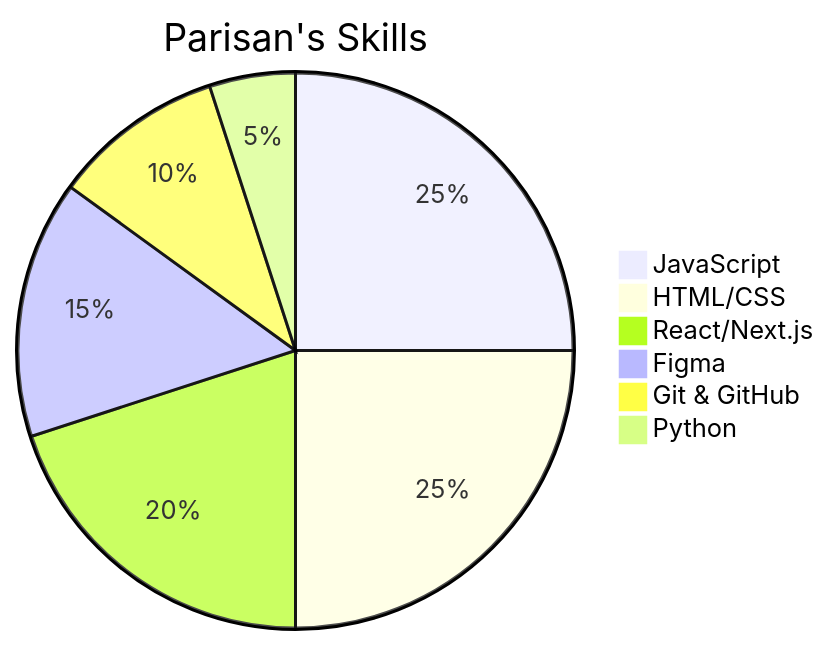
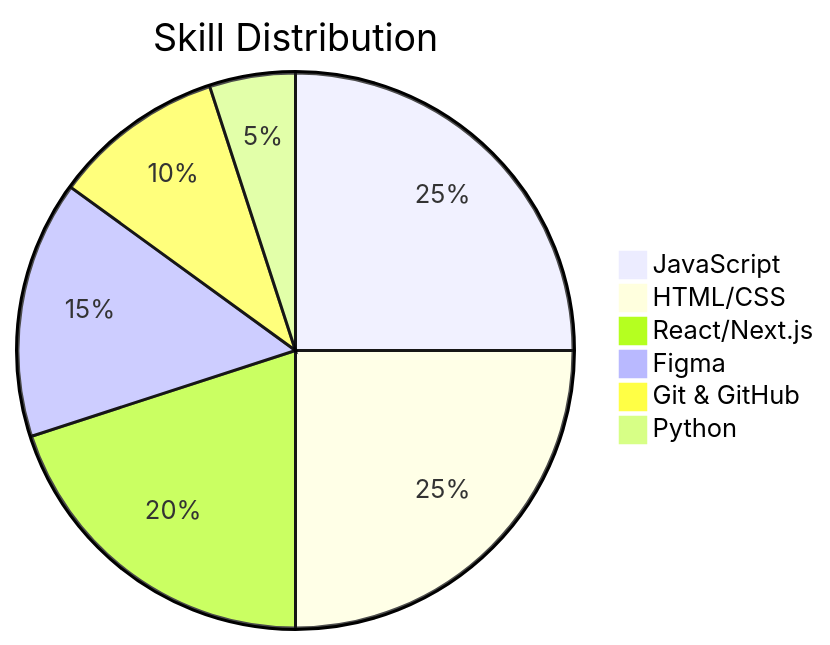
Before and after one commit to Parisan8626/Parisan8626: the diagram in README.md, drawn with Mermaid. The commit also changed other lines of this file, not shown here.

````diff
--- a/README.md
+++ b/README.md
@@ -61,10 +61,10 @@
 ```mermaid
 pie
-    title Parisan's Skills
+    title Skill Distribution
     "JavaScript" : 25
     "HTML/CSS" : 25
     "React/Next.js" : 20
     "Figma" : 15
     "Git & GitHub" : 10
     "Python" : 5
 ```
````
